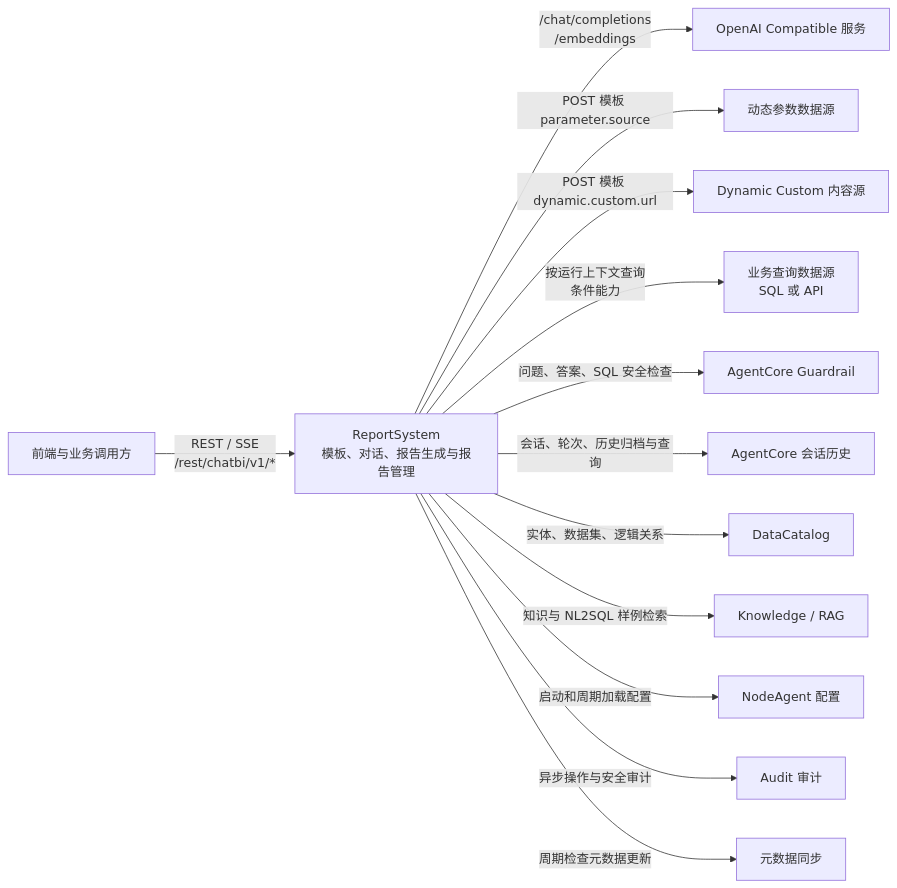
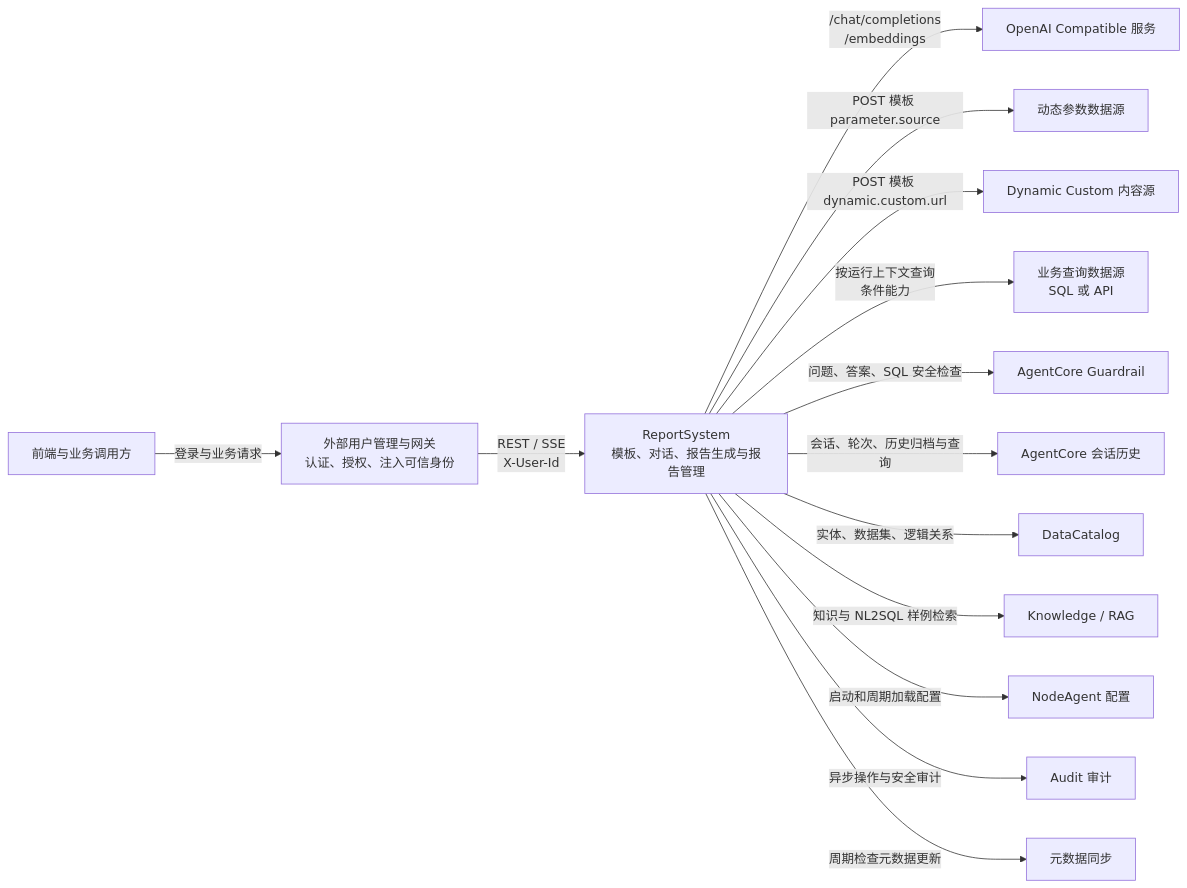
One commit to shel447/ReportSystem changed the diagram in docs/implementation/contracts/apis/README.md. Above: the diagram before and after it, drawn with Mermaid. The commit also changed other lines of this file and 37 other files, not shown here.

````diff
--- a/docs/implementation/contracts/apis/README.md
+++ b/docs/implementation/contracts/apis/README.md
@@ -7,29 +7,31 @@
 ```mermaid
 flowchart LR
     client["前端与业务调用方"]
+    identity["外部用户管理与网关<br/>认证、授权、注入可信身份"]
     reportSystem["ReportSystem<br/>模板、对话、报告生成与报告管理"]
     llm["OpenAI Compatible 服务"]
     parameterSource["动态参数数据源"]
     customSource["Dynamic Custom 内容源"]
     querySource["业务查询数据源<br/>SQL 或 API"]
     guardrail["AgentCore Guardrail"]
     agentcore["AgentCore 会话历史"]
     dataCatalog["DataCatalog"]
     knowledge["Knowledge / RAG"]
     nodeAgent["NodeAgent 配置"]
     audit["Audit 审计"]
     metadata["元数据同步"]
 
-    client -->|"REST / SSE<br/>/rest/chatbi/v1/*"| reportSystem
+    client -->|"登录与业务请求"| identity
+    identity -->|"REST / SSE<br/>X-User-Id"| reportSystem
     reportSystem -->|"/chat/completions<br/>/embeddings"| llm
     reportSystem -->|"POST 模板 parameter.source"| parameterSource
     reportSystem -->|"POST 模板 dynamic.custom.url"| customSource
     reportSystem -->|"按运行上下文查询<br/>条件能力"| querySource
     reportSystem -->|"问题、答案、SQL 安全检查"| guardrail
     reportSystem -->|"会话、轮次、历史归档与查询"| agentcore
     reportSystem -->|"实体、数据集、逻辑关系"| dataCatalog
     reportSystem -->|"知识与 NL2SQL 样例检索"| knowledge
     reportSystem -->|"启动和周期加载配置"| nodeAgent
     reportSystem -->|"异步操作与安全审计"| audit
     reportSystem -->|"周期检查元数据更新"| metadata
 ```
````
